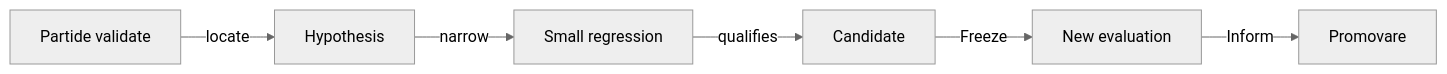
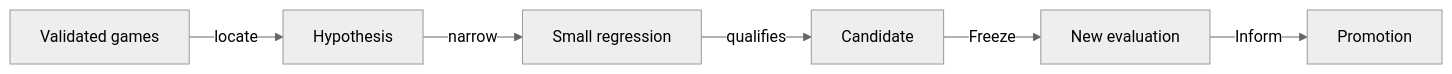
Before and after one commit to crististefanita/atf_j4: the first of 2 diagrams in docs/learning/ATF_PolicyEvolution.md, drawn with Mermaid (neutral theme). The commit also changed other lines of this file and 126 other files, not shown here.

````diff
--- a/docs/learning/ATF_PolicyEvolution.md
+++ b/docs/learning/ATF_PolicyEvolution.md
@@ -33,8 +33,8 @@
 ```mermaid
 flowchart LR
-    GAME[Partide validate] -->|locate| QUESTION[Hypothesis]
+    GAME[Validated games] -->|locate| QUESTION[Hypothesis]
     QUESTION -->|narrow| TEST[Small regression]
     TEST -->|qualifies| CAND[Candidate]
     CAND -->|Freeze| FRESH[New evaluation]
-    FRESH -->|Inform| REVIEW[Promovare]
+    FRESH -->|Inform| REVIEW[Promotion]
 ```
````
